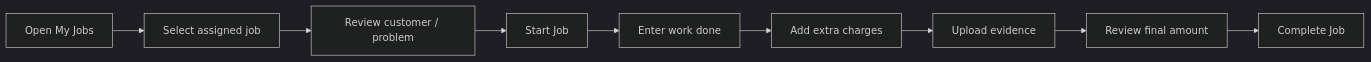
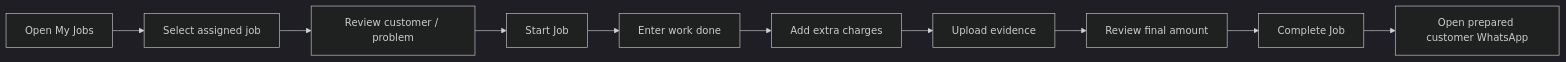
The second of 17 diagrams in docs/SYSTEM_SPEC.md (wong001110/sejukops-assessment), drawn with Mermaid (dark theme) before and after one commit. The commit also changed other lines of this file, not shown here.

````diff
--- a/docs/SYSTEM_SPEC.md
+++ b/docs/SYSTEM_SPEC.md
@@ -196,11 +199,12 @@
 ```mermaid
 flowchart LR
     A[Open My Jobs] --> B[Select assigned job]
     B --> C[Review customer / problem]
     C --> D[Start Job]
     D --> E[Enter work done]
     E --> F[Add extra charges]
     F --> G[Upload evidence]
     G --> H[Review final amount]
     H --> I[Complete Job]
+    I --> J[Open prepared customer WhatsApp]
 ```
````
